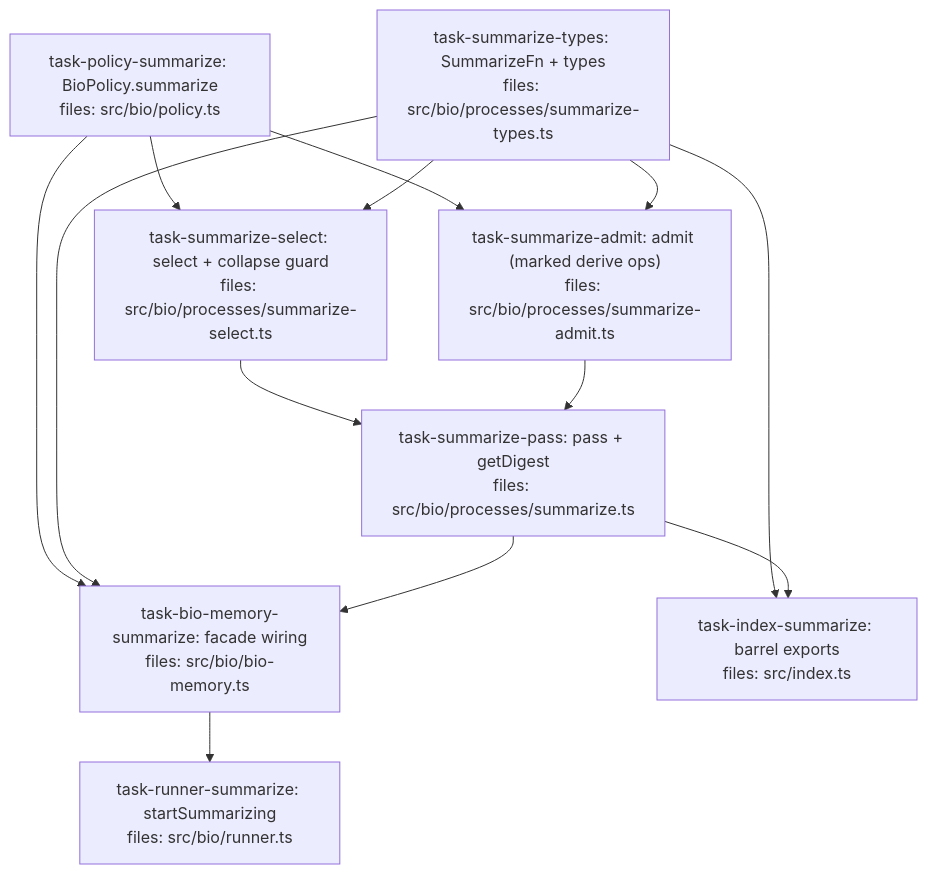
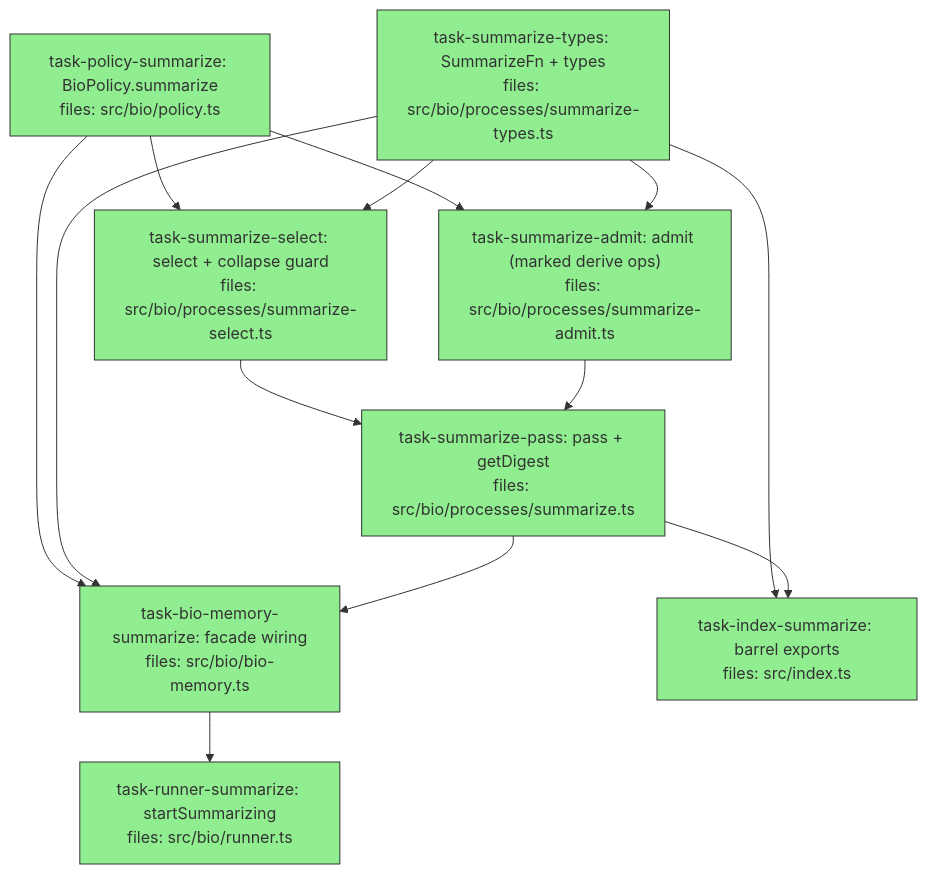
Before and after one commit to BrettNye/Mneme: the diagram in docs/superpowers/plans/2026-05-27-bio-summarization-dag.md, drawn with Mermaid. The commit also changed other lines of this file, not shown here.

Commit message:
docs(bio): mark summarization DAG plan complete (8/8 done)

````diff
--- a/docs/superpowers/plans/2026-05-27-bio-summarization-dag.md
+++ b/docs/superpowers/plans/2026-05-27-bio-summarization-dag.md
@@ -6,30 +6,30 @@
 ```mermaid
 flowchart TD
-    task-policy-summarize["task-policy-summarize: BioPolicy.summarize<br/>files: src/bio/policy.ts"]
-    task-summarize-types["task-summarize-types: SummarizeFn + types<br/>files: src/bio/processes/summarize-types.ts"]
-    task-summarize-select["task-summarize-select: select + collapse guard<br/>files: src/bio/processes/summarize-select.ts"]
-    task-summarize-admit["task-summarize-admit: admit (marked derive ops)<br/>files: src/bio/processes/summarize-admit.ts"]
-    task-summarize-pass["task-summarize-pass: pass + getDigest<br/>files: src/bio/processes/summarize.ts"]
-    task-bio-memory-summarize["task-bio-memory-summarize: facade wiring<br/>files: src/bio/bio-memory.ts"]
-    task-index-summarize["task-index-summarize: barrel exports<br/>files: src/index.ts"]
-    task-runner-summarize["task-runner-summarize: startSummarizing<br/>files: src/bio/runner.ts"]
+    task-policy-summarize["task-policy-summarize: BioPolicy.summarize<br/>files: src/bio/policy.ts"]:::done
+    task-summarize-types["task-summarize-types: SummarizeFn + types<br/>files: src/bio/processes/summarize-types.ts"]:::done
+    task-summarize-select["task-summarize-select: select + collapse guard<br/>files: src/bio/processes/summarize-select.ts"]:::done
+    task-summarize-admit["task-summarize-admit: admit (marked derive ops)<br/>files: src/bio/processes/summarize-admit.ts"]:::done
+    task-summarize-pass["task-summarize-pass: pass + getDigest<br/>files: src/bio/processes/summarize.ts"]:::done
+    task-bio-memory-summarize["task-bio-memory-summarize: facade wiring<br/>files: src/bio/bio-memory.ts"]:::done
+    task-index-summarize["task-index-summarize: barrel exports<br/>files: src/index.ts"]:::done
+    task-runner-summarize["task-runner-summarize: startSummarizing<br/>files: src/bio/runner.ts"]:::done
 
     task-policy-summarize --> task-summarize-select
     task-summarize-types --> task-summarize-select
     task-policy-summarize --> task-summarize-admit
     task-summarize-types --> task-summarize-admit
     task-summarize-select --> task-summarize-pass
     task-summarize-admit --> task-summarize-pass
     task-policy-summarize --> task-bio-memory-summarize
     task-summarize-types --> task-bio-memory-summarize
     task-summarize-pass --> task-bio-memory-summarize
     task-summarize-types --> task-index-summarize
     task-summarize-pass --> task-index-summarize
     task-bio-memory-summarize --> task-runner-summarize
 
     classDef done fill:#90ee90,stroke:#333
     classDef ready fill:#fffacd,stroke:#333
     classDef running fill:#87ceeb,stroke:#333
     classDef failed fill:#ffb6c1,stroke:#333
     classDef skipped fill:#d3d3d3,stroke:#333,stroke-dasharray: 5 5
 ```
````
